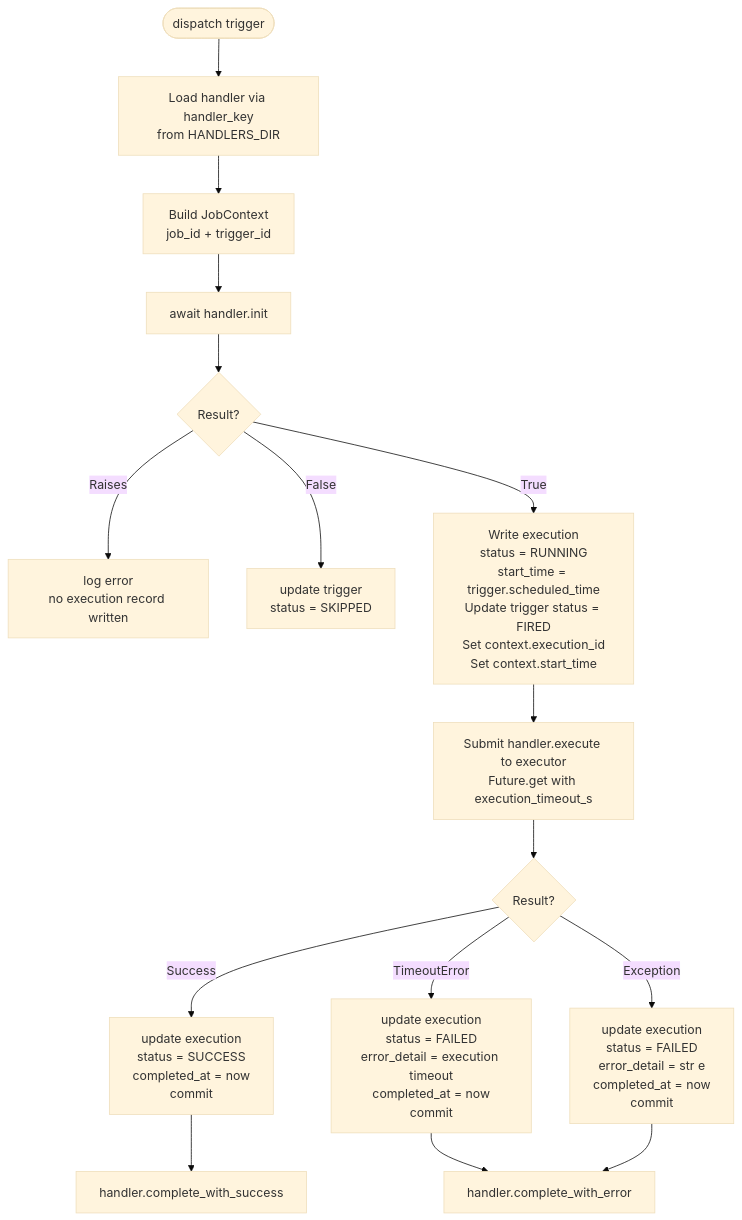
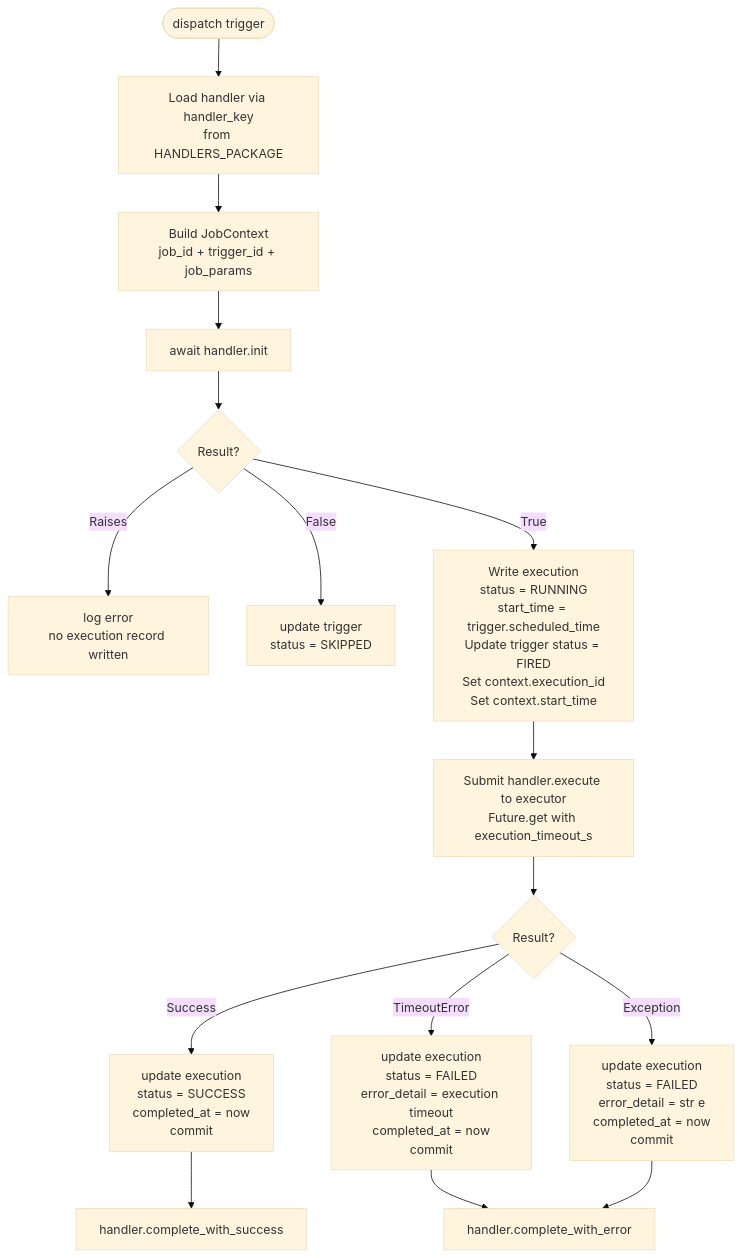
One commit to mars-xiaoyi/wealthfinder changed the fourth of 6 diagrams in docs/admin-tad.md. Above: the diagram before and after it, drawn with Mermaid (base theme). The commit also changed other lines of this file and 12 other files, not shown here.

````diff
--- a/docs/admin-tad.md
+++ b/docs/admin-tad.md
@@ -194,18 +203,18 @@
 ```mermaid
 flowchart TD
-    A([dispatch trigger]) --> B[Load handler via handler_key\nfrom HANDLERS_DIR]
-    B --> C[Build JobContext\njob_id + trigger_id]
+    A([dispatch trigger]) --> B[Load handler via handler_key\nfrom HANDLERS_PACKAGE]
+    B --> C[Build JobContext\njob_id + trigger_id + job_params]
     C --> D[await handler.init]
     D --> E{Result?}
     E -->|Raises| F[log error\nno execution record written]
     E -->|False| G[update trigger\nstatus = SKIPPED]
     E -->|True| H[Write execution\nstatus = RUNNING\nstart_time = trigger.scheduled_time\nUpdate trigger status = FIRED\nSet context.execution_id\nSet context.start_time]
     H --> I[Submit handler.execute to executor\nFuture.get with execution_timeout_s]
     I --> J{Result?}
     J -->|Success| K[update execution\nstatus = SUCCESS\ncompleted_at = now\ncommit]
     J -->|TimeoutError| L[update execution\nstatus = FAILED\nerror_detail = execution timeout\ncompleted_at = now\ncommit]
     J -->|Exception| M[update execution\nstatus = FAILED\nerror_detail = str e\ncompleted_at = now\ncommit]
     K --> N[handler.complete_with_success]
     L --> O[handler.complete_with_error]
     M --> O
 ```
````
